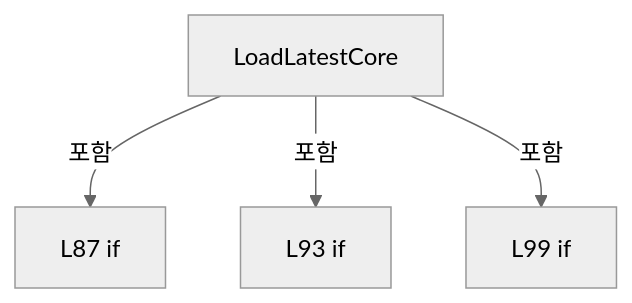
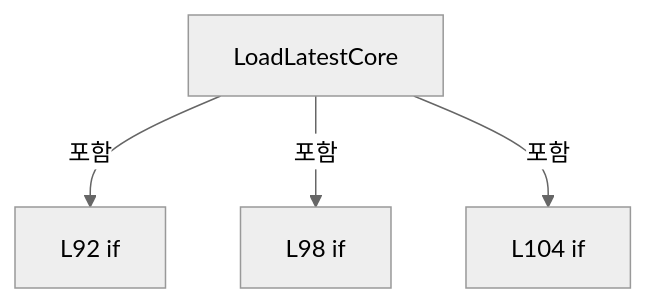
Before and after one commit to kjuws10-rgb/Shared: the second of 19 diagrams in A3 LD Code Ref/files/Drilling.File/ReviewOffset/CReviewOffsetFile.cs.md, drawn with Mermaid (neutral theme). The commit also changed other lines of this file and 2071 other files, not shown here.

Commit message:
docs(a3): update 11.19.0 architecture and code reference

````diff
--- a/A3 LD Code Ref/files/Drilling.File/ReviewOffset/CReviewOffsetFile.cs.md
+++ b/A3 LD Code Ref/files/Drilling.File/ReviewOffset/CReviewOffsetFile.cs.md
@@ -492,10 +523,10 @@
 ```mermaid
 flowchart TD
  M["LoadLatestCore"]
- N0["L87 if"]
+ N0["L92 if"]
  M -->|포함| N0
- N1["L93 if"]
+ N1["L98 if"]
  M -->|포함| N1
- N2["L99 if"]
+ N2["L104 if"]
  M -->|포함| N2
 ```
````
